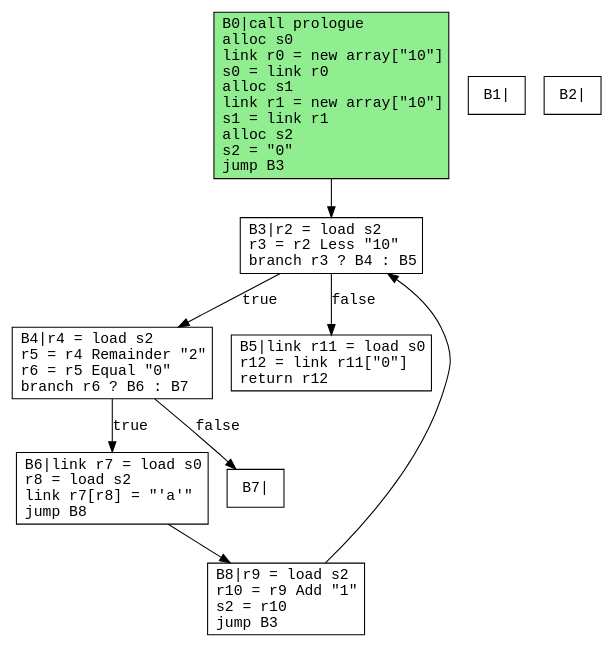
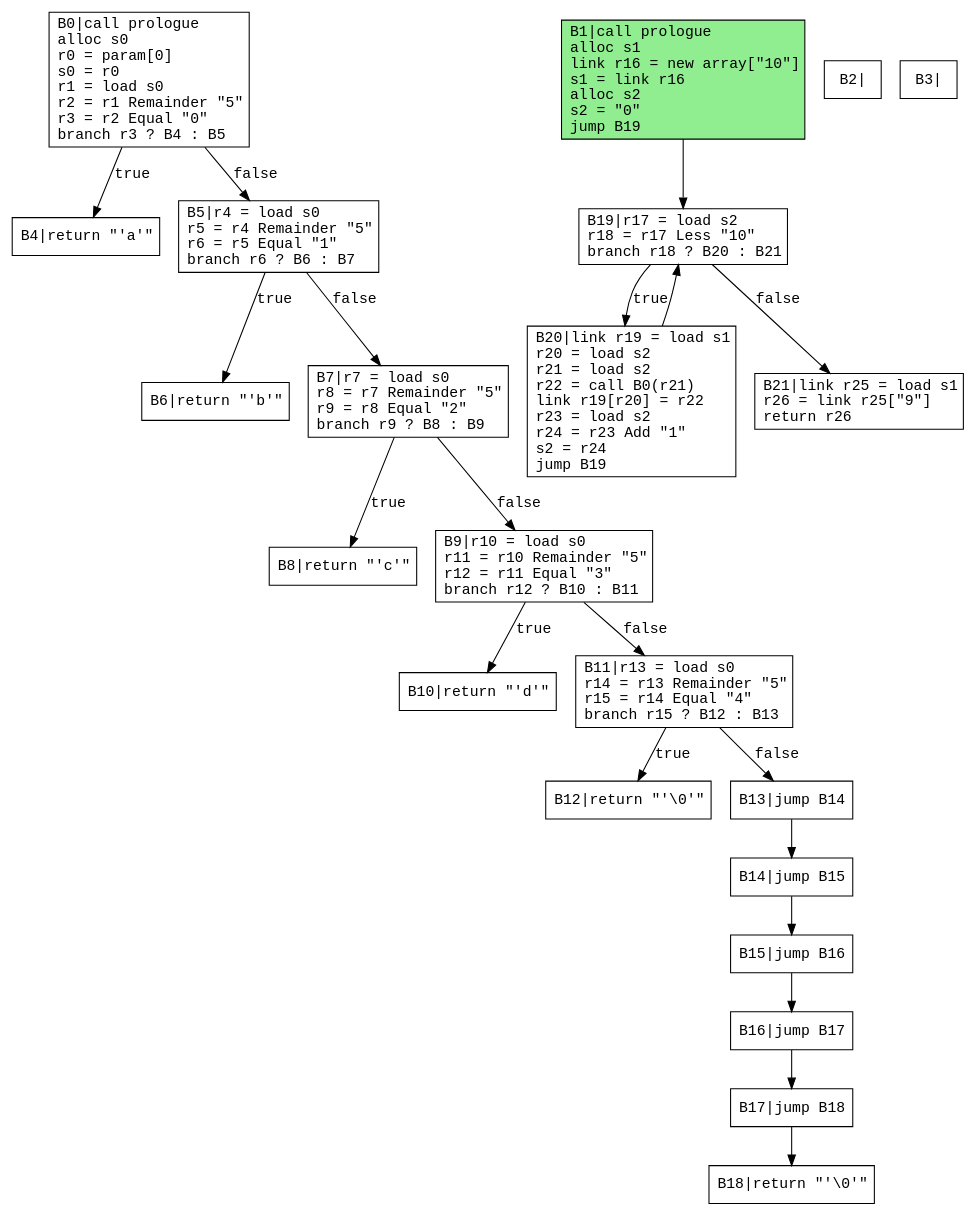
One commit to safarislava/ProcTranslator changed the diagram in output/array.dot. Above: the diagram before and after it, drawn with Graphviz. The commit also changed 10 other files, not shown here.

```diff
--- a/output/array.dot
+++ b/output/array.dot
@@ -1,23 +1,48 @@
 digraph CFG {
   rankdir=TB;
   node [shape=box, fontname="Courier"];
   edge [fontname="Courier"];
 
-  B0 [label="B0|call prologue\lalloc s0\llink r0 = new array[\"10\"]\ls0 = link r0\lalloc s1\llink r1 = new array[\"10\"]\ls1 = link r1\lalloc s2\ls2 = \"0\"\ljump B3\l"];
-  B1 [label="B1|"];
+  B0 [label="B0|call prologue\lalloc s0\lr0 = param[0]\ls0 = r0\lr1 = load s0\lr2 = r1 Remainder \"5\"\lr3 = r2 Equal \"0\"\lbranch r3 ? B4 : B5\l"];
+  B1 [label="B1|call prologue\lalloc s1\llink r16 = new array[\"10\"]\ls1 = link r16\lalloc s2\ls2 = \"0\"\ljump B19\l"];
   B2 [label="B2|"];
-  B3 [label="B3|r2 = load s2\lr3 = r2 Less \"10\"\lbranch r3 ? B4 : B5\l"];
-  B4 [label="B4|r4 = load s2\lr5 = r4 Remainder \"2\"\lr6 = r5 Equal \"0\"\lbranch r6 ? B6 : B7\l"];
-  B5 [label="B5|link r11 = load s0\lr12 = link r11[\"0\"]\lreturn r12\l"];
-  B6 [label="B6|link r7 = load s0\lr8 = load s2\llink r7[r8] = \"'a'\"\ljump B8\l"];
-  B7 [label="B7|"];
-  B8 [label="B8|r9 = load s2\lr10 = r9 Add \"1\"\ls2 = r10\ljump B3\l"];
-  B0 -> B3;
-  B3 -> B4 [label="true"];
-  B3 -> B5 [label="false"];
-  B4 -> B6 [label="true"];
-  B4 -> B7 [label="false"];
-  B6 -> B8;
-  B8 -> B3;
-  B0 [style=filled, fillcolor=lightgreen];
+  B3 [label="B3|"];
+  B4 [label="B4|return \"'a'\"\l"];
+  B5 [label="B5|r4 = load s0\lr5 = r4 Remainder \"5\"\lr6 = r5 Equal \"1\"\lbranch r6 ? B6 : B7\l"];
+  B6 [label="B6|return \"'b'\"\l"];
+  B7 [label="B7|r7 = load s0\lr8 = r7 Remainder \"5\"\lr9 = r8 Equal \"2\"\lbranch r9 ? B8 : B9\l"];
+  B8 [label="B8|return \"'c'\"\l"];
+  B9 [label="B9|r10 = load s0\lr11 = r10 Remainder \"5\"\lr12 = r11 Equal \"3\"\lbranch r12 ? B10 : B11\l"];
+  B10 [label="B10|return \"'d'\"\l"];
+  B11 [label="B11|r13 = load s0\lr14 = r13 Remainder \"5\"\lr15 = r14 Equal \"4\"\lbranch r15 ? B12 : B13\l"];
+  B12 [label="B12|return \"'\\0'\"\l"];
+  B13 [label="B13|jump B14\l"];
+  B14 [label="B14|jump B15\l"];
+  B15 [label="B15|jump B16\l"];
+  B16 [label="B16|jump B17\l"];
+  B17 [label="B17|jump B18\l"];
+  B18 [label="B18|return \"'\\0'\"\l"];
+  B19 [label="B19|r17 = load s2\lr18 = r17 Less \"10\"\lbranch r18 ? B20 : B21\l"];
+  B20 [label="B20|link r19 = load s1\lr20 = load s2\lr21 = load s2\lr22 = call B0(r21)\llink r19[r20] = r22\lr23 = load s2\lr24 = r23 Add \"1\"\ls2 = r24\ljump B19\l"];
+  B21 [label="B21|link r25 = load s1\lr26 = link r25[\"9\"]\lreturn r26\l"];
+  B0 -> B4 [label="true"];
+  B0 -> B5 [label="false"];
+  B1 -> B19;
+  B5 -> B6 [label="true"];
+  B5 -> B7 [label="false"];
+  B7 -> B8 [label="true"];
+  B7 -> B9 [label="false"];
+  B9 -> B10 [label="true"];
+  B9 -> B11 [label="false"];
+  B11 -> B12 [label="true"];
+  B11 -> B13 [label="false"];
+  B13 -> B14;
+  B14 -> B15;
+  B15 -> B16;
+  B16 -> B17;
+  B17 -> B18;
+  B19 -> B20 [label="true"];
+  B19 -> B21 [label="false"];
+  B20 -> B19;
+  B1 [style=filled, fillcolor=lightgreen];
 }
```
